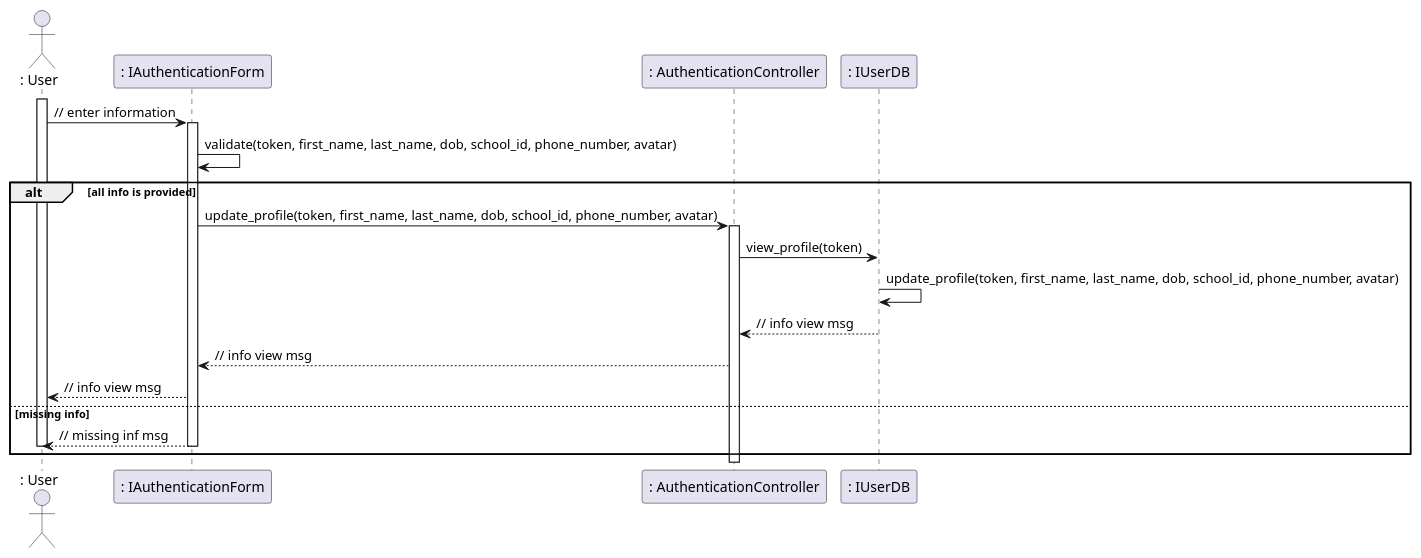
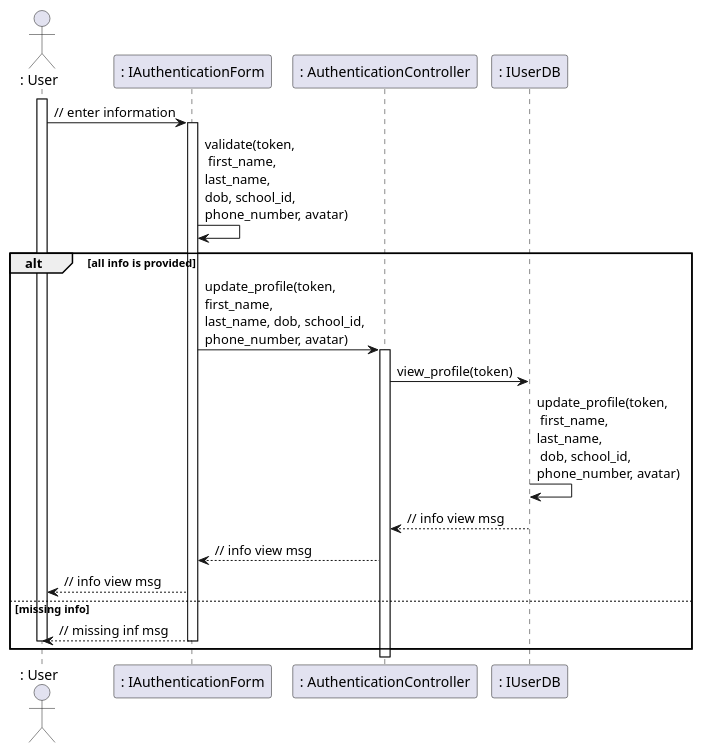
Before and after one commit to anonyhostvn/OOAD-Diagram: the diagram in sequence - design/authentication/updateMyProfile.plantuml, drawn with PlantUML. The commit also changed 6 other files, not shown here.

```diff
--- a/sequence - design/authentication/updateMyProfile.plantuml
+++ b/sequence - design/authentication/updateMyProfile.plantuml
@@ -1,26 +1,26 @@
 @startuml
 actor ": User"
 
 activate ": User"
 ": User" -> ": IAuthenticationForm" :  // enter information
 activate ": IAuthenticationForm"
-": IAuthenticationForm" -> ": IAuthenticationForm" : validate(token, first_name, last_name, dob, school_id, phone_number, avatar)
+": IAuthenticationForm" -> ": IAuthenticationForm" : validate(token,\n first_name, \nlast_name, \ndob, school_id, \nphone_number, avatar)
 
 alt all info is provided
 
-": IAuthenticationForm" -> ": AuthenticationController" : update_profile(token, first_name, last_name, dob, school_id, phone_number, avatar)
+": IAuthenticationForm" -> ": AuthenticationController" : update_profile(token, \nfirst_name, \nlast_name, dob, school_id, \nphone_number, avatar)
 activate ": AuthenticationController"
 ": AuthenticationController" -> ": IUserDB" : view_profile(token)
-": IUserDB" -> ": IUserDB" : update_profile(token, first_name, last_name, dob, school_id, phone_number, avatar)
+": IUserDB" -> ": IUserDB" : update_profile(token,\n first_name, \nlast_name,\n dob, school_id, \nphone_number, avatar)
 
 
 ": IUserDB" --> ": AuthenticationController" : // info view msg
 ": AuthenticationController" --> ": IAuthenticationForm" : // info view msg
 ": IAuthenticationForm"  --> ": User" : // info view msg
 else missing info
 
 ": IAuthenticationForm" --> ": User" : // missing inf msg
 deactivate ": IAuthenticationForm"
 deactivate ": User"
 end
 @enduml
```
